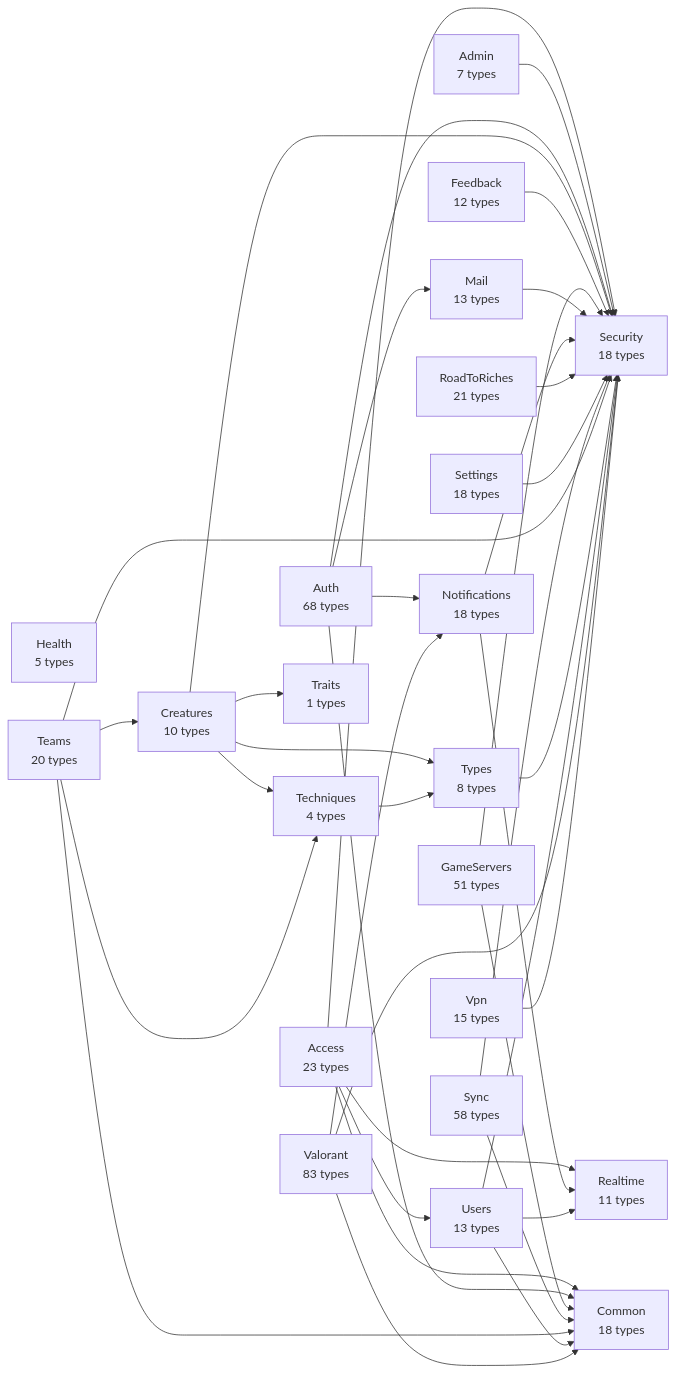
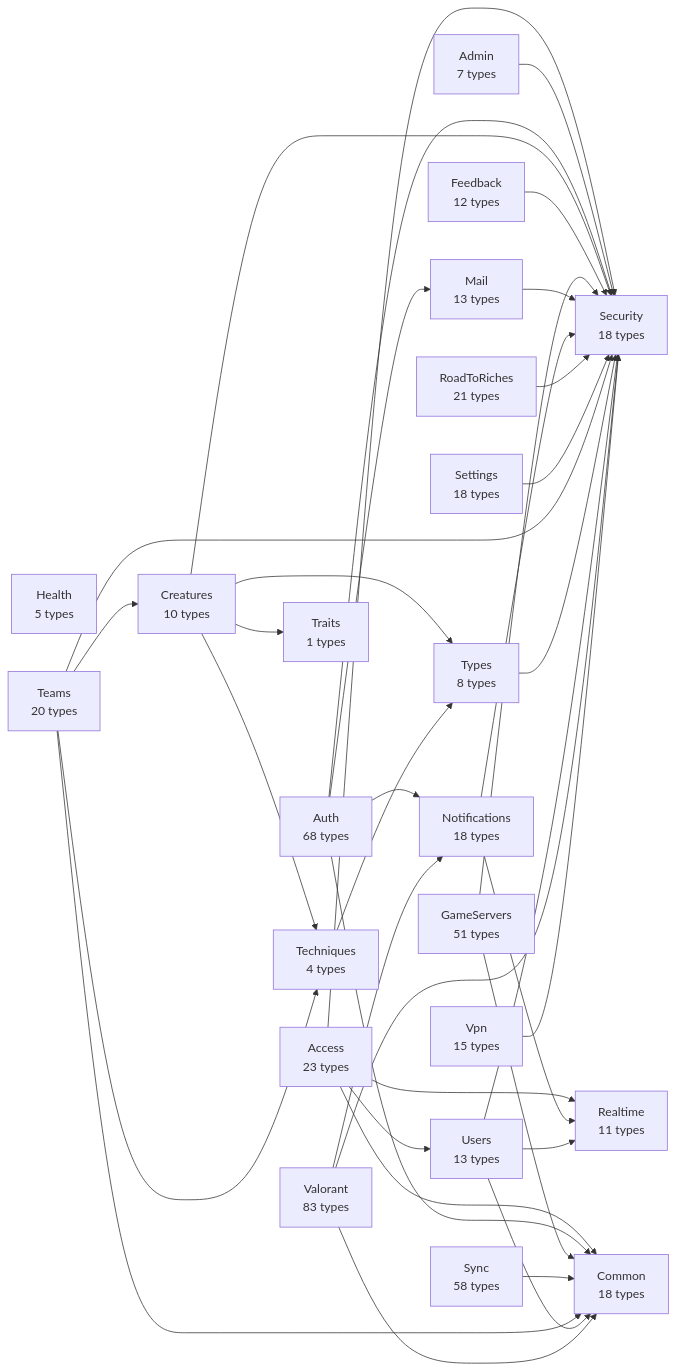
The diagram in api/docs/diagrams/00-modules.md (huiitre/Tools-app), drawn with Mermaid before and after one commit. The commit also changed 6 other files, not shown here.

````diff
--- a/api/docs/diagrams/00-modules.md
+++ b/api/docs/diagrams/00-modules.md
@@ -5,61 +5,60 @@
 ```mermaid
 flowchart LR
   Access["Access<br/>23 types"]
   Admin["Admin<br/>7 types"]
   Auth["Auth<br/>68 types"]
   Common["Common<br/>18 types"]
   Creatures["Creatures<br/>10 types"]
   Feedback["Feedback<br/>12 types"]
   GameServers["GameServers<br/>51 types"]
   Health["Health<br/>5 types"]
   Mail["Mail<br/>13 types"]
   Notifications["Notifications<br/>18 types"]
   Realtime["Realtime<br/>11 types"]
   RoadToRiches["RoadToRiches<br/>21 types"]
   Security["Security<br/>18 types"]
   Settings["Settings<br/>18 types"]
   Sync["Sync<br/>58 types"]
   Teams["Teams<br/>20 types"]
   Techniques["Techniques<br/>4 types"]
   Traits["Traits<br/>1 types"]
   Types["Types<br/>8 types"]
   Users["Users<br/>13 types"]
   Valorant["Valorant<br/>83 types"]
   Vpn["Vpn<br/>15 types"]
   Access --> Common
   Access --> Realtime
   Access --> Security
   Access --> Users
   Admin --> Security
   Auth --> Common
   Auth --> Mail
   Auth --> Notifications
   Auth --> Security
   Creatures --> Security
   Creatures --> Techniques
   Creatures --> Traits
   Creatures --> Types
   Feedback --> Security
   GameServers --> Common
   GameServers --> Security
   Mail --> Security
   Notifications --> Realtime
   Notifications --> Security
   RoadToRiches --> Security
   Settings --> Security
   Sync --> Common
-  Sync --> Security
   Teams --> Common
   Teams --> Creatures
   Teams --> Security
   Teams --> Techniques
   Techniques --> Types
   Types --> Security
   Users --> Common
   Users --> Realtime
   Users --> Security
   Valorant --> Common
   Valorant --> Notifications
   Valorant --> Security
   Vpn --> Security
 ```
````
